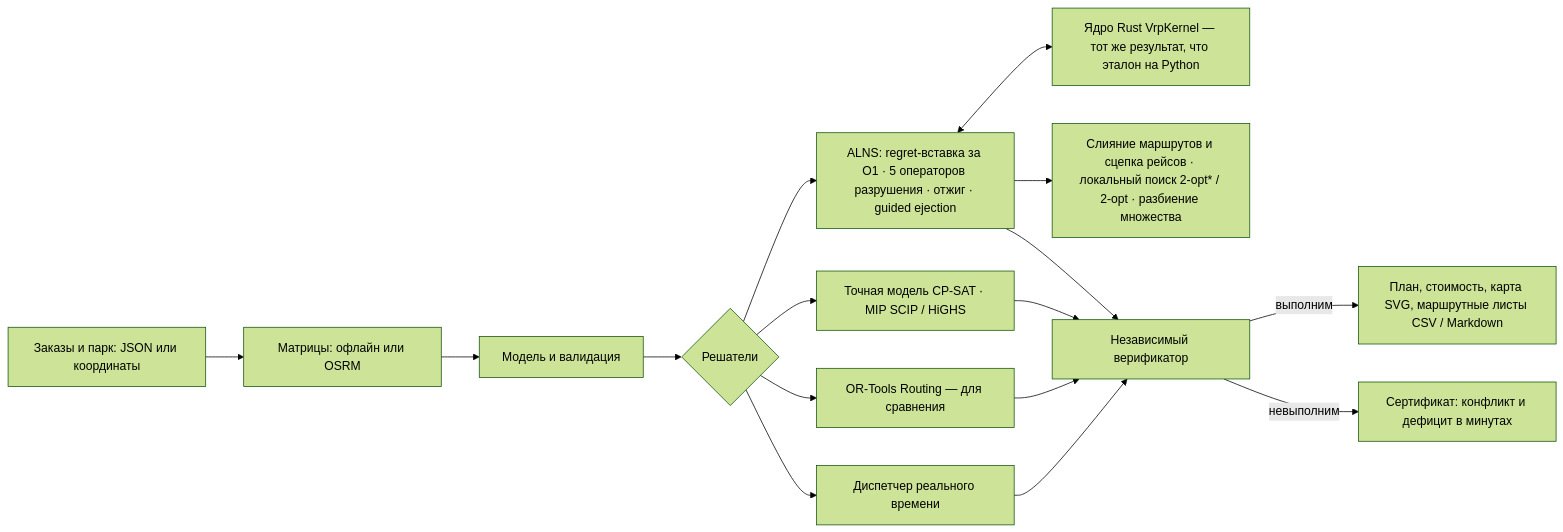
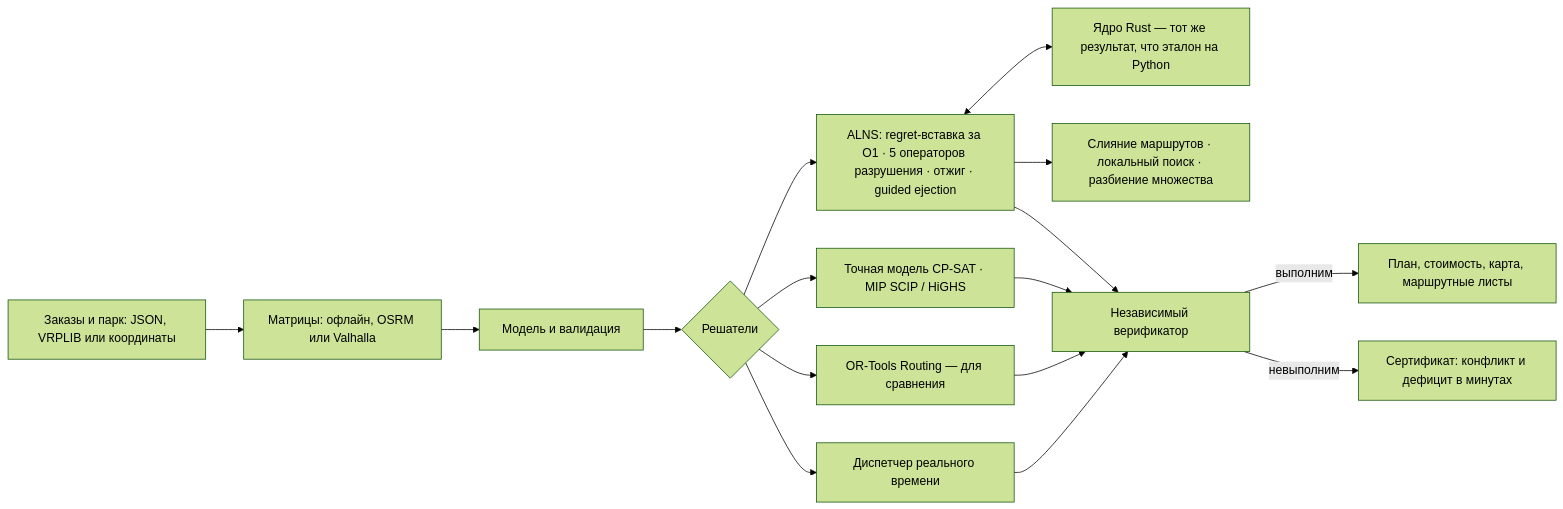
The diagram in README.md (KonkovDV/SynAPS-MobiRoute), drawn with Mermaid (forest theme) before and after one commit. The commit also changed other lines of this file, not shown here.

````diff
--- a/README.md
+++ b/README.md
@@ -137,18 +104,18 @@
 ```mermaid
 flowchart LR
-  A[Заказы и парк: JSON или координаты] --> G[Матрицы: офлайн или OSRM]
+  A[Заказы и парк: JSON, VRPLIB или координаты] --> G[Матрицы: офлайн, OSRM или Valhalla]
   G --> B[Модель и валидация]
   B --> C{Решатели}
   C --> D[ALNS: regret-вставка за O1 · 5 операторов разрушения · отжиг · guided ejection]
-  D <--> K[Ядро Rust VrpKernel — тот же результат, что эталон на Python]
-  D --> M[Слияние маршрутов и сцепка рейсов · локальный поиск 2-opt* / 2-opt · разбиение множества]
+  D <--> K[Ядро Rust — тот же результат, что эталон на Python]
+  D --> M[Слияние маршрутов · локальный поиск · разбиение множества]
   C --> E[Точная модель CP-SAT · MIP SCIP / HiGHS]
   C --> O[OR-Tools Routing — для сравнения]
   C --> R[Диспетчер реального времени]
   D --> V[Независимый верификатор]
   E --> V
   O --> V
   R --> V
-  V -->|выполним| P[План, стоимость, карта SVG, маршрутные листы CSV / Markdown]
+  V -->|выполним| P[План, стоимость, карта, маршрутные листы]
   V -->|невыполним| H[Сертификат: конфликт и дефицит в минутах]
 ```
````
